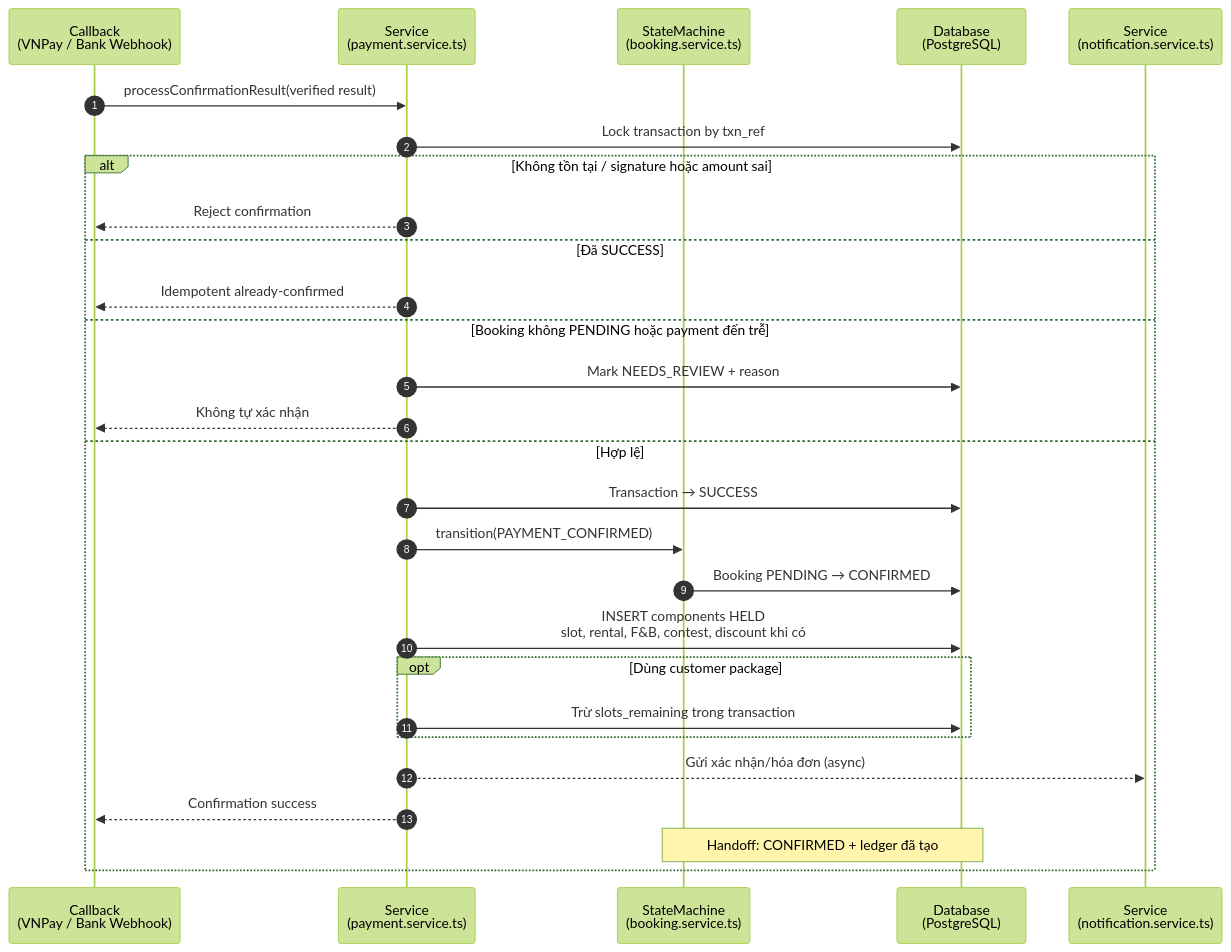
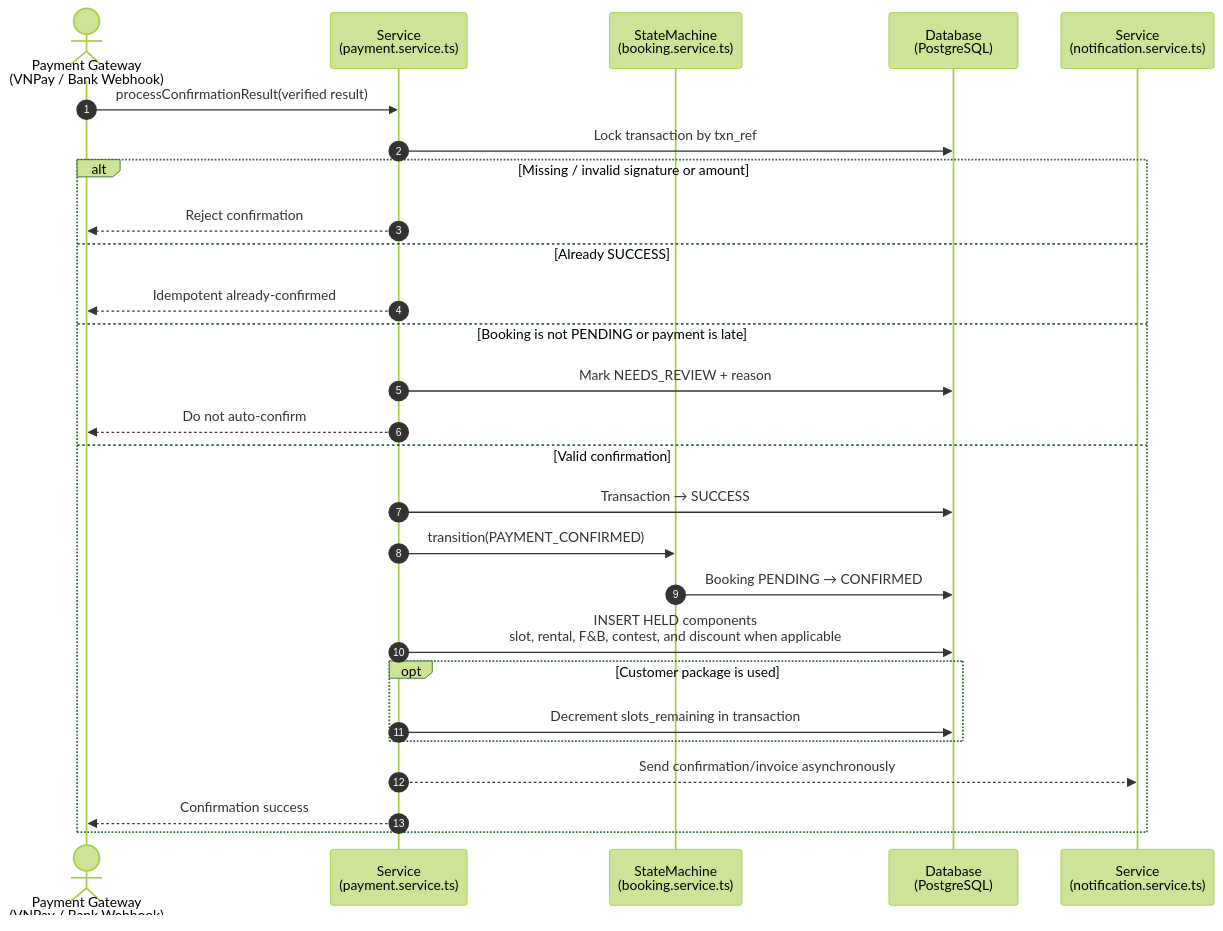
One commit to tomishere0712/rcfield-platform changed the fifth of 6 diagrams in docs/diagrams/sequence/sequence-flow-booking-payment-report4.md. Above: the diagram before and after it, drawn with Mermaid (forest theme). The commit also changed other lines of this file and 21 other files, not shown here.

````diff
--- a/docs/diagrams/sequence/sequence-flow-booking-payment-report4.md
+++ b/docs/diagrams/sequence/sequence-flow-booking-payment-report4.md
@@ -136,30 +139,30 @@
 ```mermaid
 sequenceDiagram
     autonumber
-    participant CB as Callback<br/>(VNPay / Bank Webhook)
+    actor CB as Payment Gateway<br/>(VNPay / Bank Webhook)
     participant PE as Service<br/>(payment.service.ts)
     participant SM as StateMachine<br/>(booking.service.ts)
     participant DB as Database<br/>(PostgreSQL)
     participant N as Service<br/>(notification.service.ts)
     CB->>PE: processConfirmationResult(verified result)
     PE->>DB: Lock transaction by txn_ref
-    alt Không tồn tại / signature hoặc amount sai
+    alt Missing / invalid signature or amount
         PE-->>CB: Reject confirmation
-    else Đã SUCCESS
+    else Already SUCCESS
         PE-->>CB: Idempotent already-confirmed
-    else Booking không PENDING hoặc payment đến trễ
+    else Booking is not PENDING or payment is late
         PE->>DB: Mark NEEDS_REVIEW + reason
-        PE-->>CB: Không tự xác nhận
-    else Hợp lệ
+        PE-->>CB: Do not auto-confirm
+    else Valid confirmation
         PE->>DB: Transaction → SUCCESS
         PE->>SM: transition(PAYMENT_CONFIRMED)
         SM->>DB: Booking PENDING → CONFIRMED
-        PE->>DB: INSERT components HELD<br/>slot, rental, F&B, contest, discount khi có
-        opt Dùng customer package
-            PE->>DB: Trừ slots_remaining trong transaction
+        PE->>DB: INSERT HELD components<br/>slot, rental, F&B, contest, and discount when applicable
+        opt Customer package is used
+            PE->>DB: Decrement slots_remaining in transaction
         end
-        PE-->>N: Gửi xác nhận/hóa đơn (async)
+        PE-->>N: Send confirmation/invoice asynchronously
         PE-->>CB: Confirmation success
-        Note over SM,DB: Handoff: CONFIRMED + ledger đã tạo
+        
     end
 ```
````
